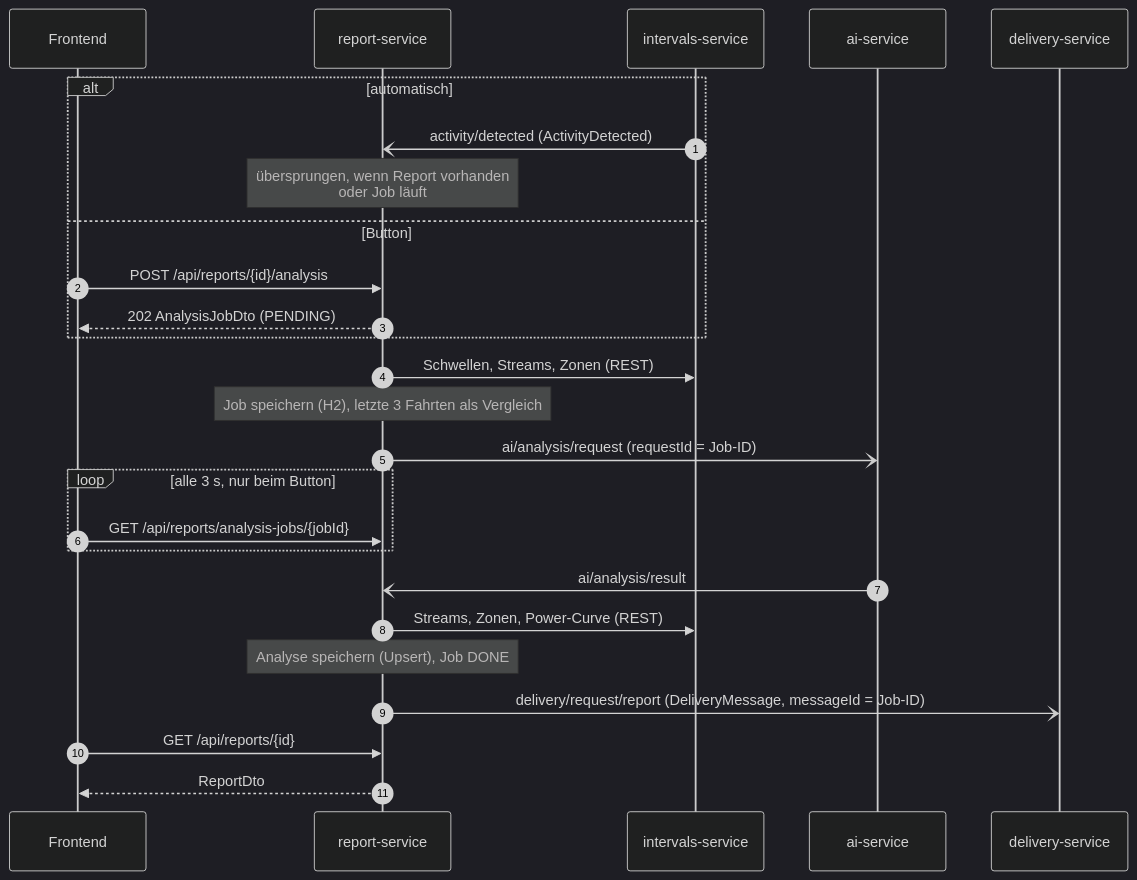
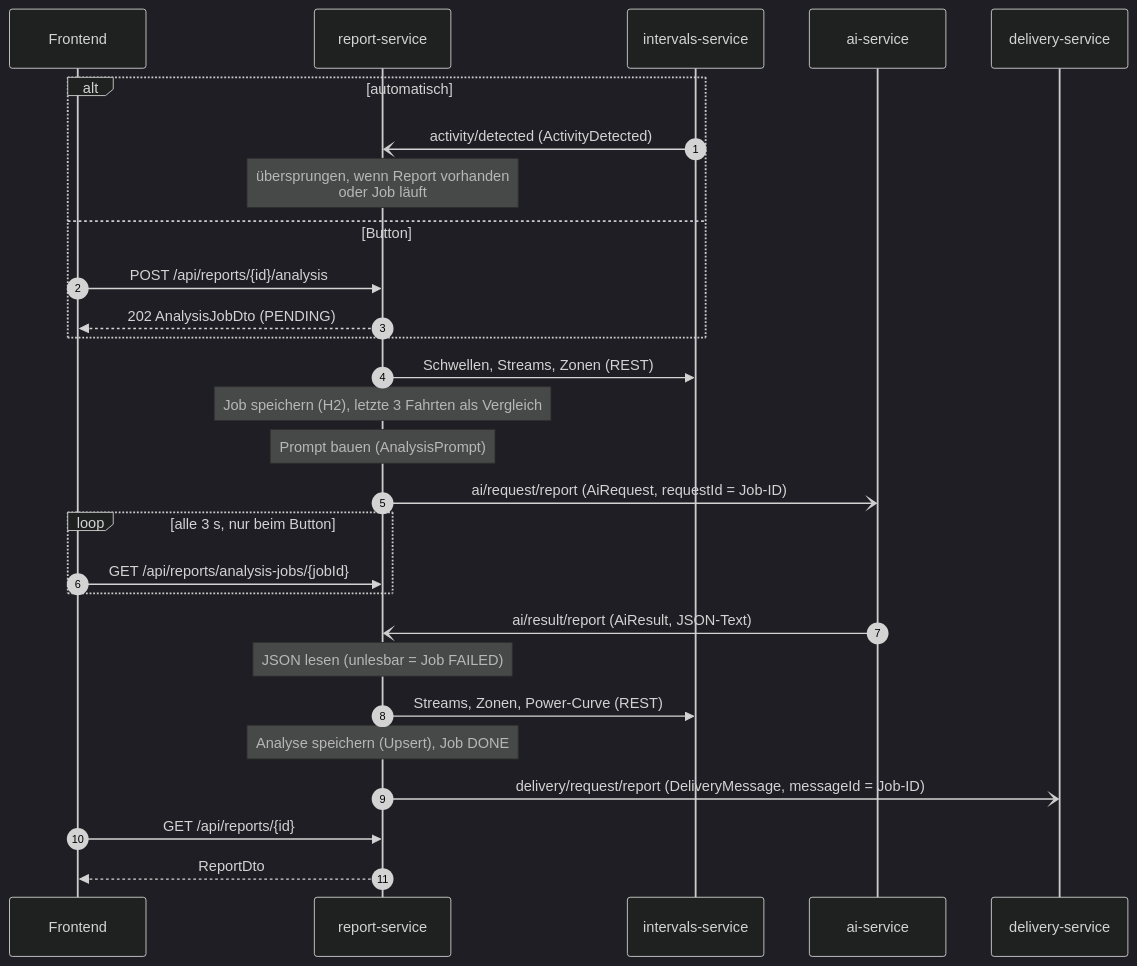
One commit to KlinkerD/Cycling_AI_Analyzer changed the second of 5 diagrams in docs/datenfluesse.md. Above: the diagram before and after it, drawn with Mermaid (dark theme). The commit also changed other lines of this file and 145 other files, not shown here.

````diff
--- a/docs/datenfluesse.md
+++ b/docs/datenfluesse.md
@@ -53,29 +51,31 @@
 ```mermaid
 sequenceDiagram
     autonumber
     participant FE as Frontend
     participant RS as report-service
     participant IS as intervals-service
     participant AI as ai-service
     participant DS as delivery-service
 
     alt automatisch
         IS-)RS: activity/detected (ActivityDetected)
         Note over RS: übersprungen, wenn Report vorhanden<br/>oder Job läuft
     else Button
         FE->>RS: POST /api/reports/{id}/analysis
         RS-->>FE: 202 AnalysisJobDto (PENDING)
     end
     RS->>IS: Schwellen, Streams, Zonen (REST)
     Note over RS: Job speichern (H2), letzte 3 Fahrten als Vergleich
-    RS-)AI: ai/analysis/request (requestId = Job-ID)
+    Note over RS: Prompt bauen (AnalysisPrompt)
+    RS-)AI: ai/request/report (AiRequest, requestId = Job-ID)
     loop alle 3 s, nur beim Button
         FE->>RS: GET /api/reports/analysis-jobs/{jobId}
     end
-    AI-)RS: ai/analysis/result
+    AI-)RS: ai/result/report (AiResult, JSON-Text)
+    Note over RS: JSON lesen (unlesbar = Job FAILED)
     RS->>IS: Streams, Zonen, Power-Curve (REST)
     Note over RS: Analyse speichern (Upsert), Job DONE
     RS-)DS: delivery/request/report (DeliveryMessage, messageId = Job-ID)
     FE->>RS: GET /api/reports/{id}
     RS-->>FE: ReportDto
 ```
````
